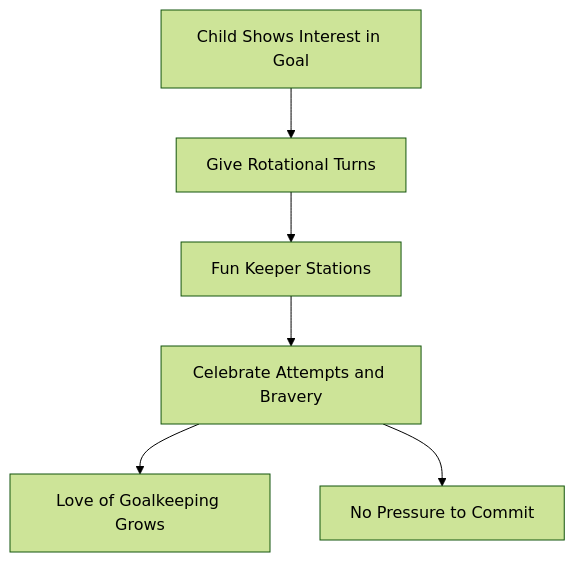
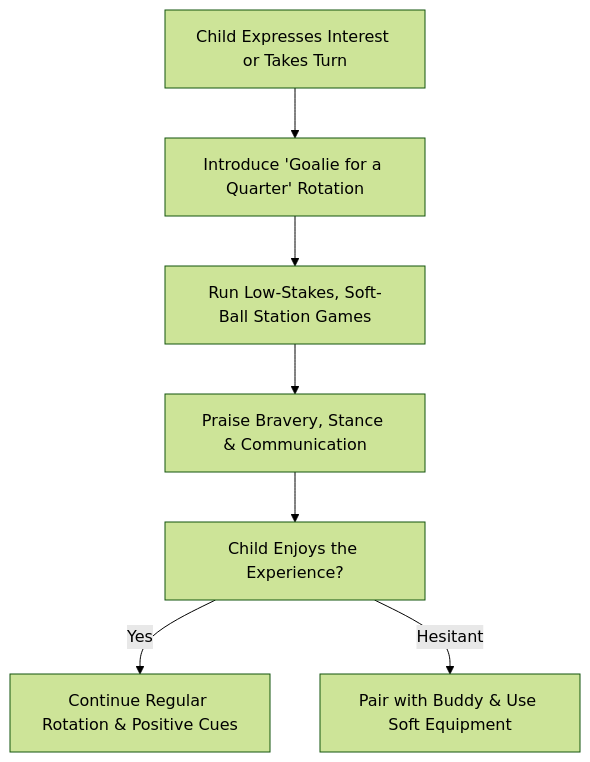
One commit to charlesjnichols/keeper-academy changed the diagram in src/content/docs/ages-6-9/07-nurturing-interest.mdx. Above: the diagram before and after it, drawn with Mermaid (forest theme). The commit also changed other lines of this file and 50 other files, not shown here.

````diff
--- a/src/content/docs/ages-6-9/07-nurturing-interest.mdx
+++ b/src/content/docs/ages-6-9/07-nurturing-interest.mdx
@@ -20,8 +46,9 @@
 ```mermaid
-flowchart TD
-    A[Child Shows Interest in Goal] --> B[Give Rotational Turns]
-    B --> C[Fun Keeper Stations]
-    C --> D[Celebrate Attempts and Bravery]
-    D --> E[Love of Goalkeeping Grows]
-    D --> F[No Pressure to Commit]
+graph TD
+    A[Child Expresses Interest or Takes Turn] --> B[Introduce 'Goalie for a Quarter' Rotation]
+    B --> C[Run Low-Stakes, Soft-Ball Station Games]
+    C --> D[Praise Bravery, Stance & Communication]
+    D --> E[Child Enjoys the Experience?]
+    E -->|Yes| F[Continue Regular Rotation & Positive Cues]
+    E -->|Hesitant| G[Pair with Buddy & Use Soft Equipment]
 ```
````
